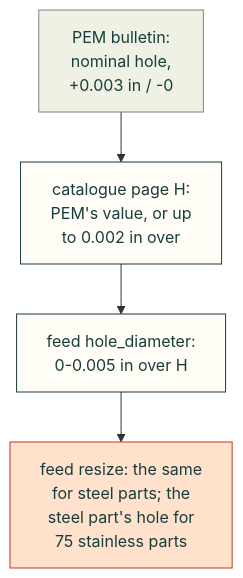
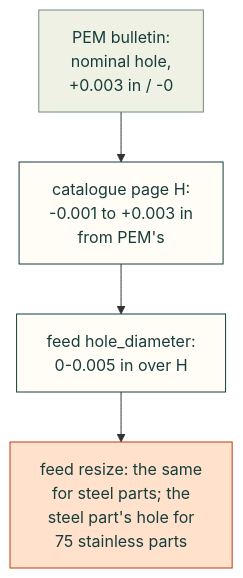
One commit to Valpatel/cad-agent changed the fifth of 8 diagrams in research/sheet-metal-joining.md. Above: the diagram before and after it, drawn with Mermaid. The commit also changed other lines of this file and 2 other files, not shown here.

First line of the commit message:
Research pages: diagrams fit the 1100 px column; second-review fixes

````diff
--- a/research/sheet-metal-joining.md
+++ b/research/sheet-metal-joining.md
@@ -256,12 +256,12 @@
 ```mermaid
 flowchart TD
-    P["PEM bulletin:<br/>nominal hole,<br/>+0.003 in / -0"] --> C["catalogue page H:<br/>PEM's value, or up<br/>to 0.002 in over"]
+    P["PEM bulletin:<br/>nominal hole,<br/>+0.003 in / -0"] --> C["catalogue page H:<br/>-0.001 to +0.003 in<br/>from PEM's"]
     C --> D["feed hole_diameter:<br/>0-0.005 in over H"]
     D --> R["feed resize: the same<br/>for steel parts; the<br/>steel part's hole for<br/>75 stainless parts"]
     classDef here fill:#fffdf5,stroke:#173d3c,color:#173d3c
     classDef near fill:#eef1e4,stroke:#6f8a80,color:#173d3c
     classDef out fill:#ffe1cc,stroke:#bd3a12,color:#173d3c
     class P near
     class C,D here
     class R out
 ```
````
